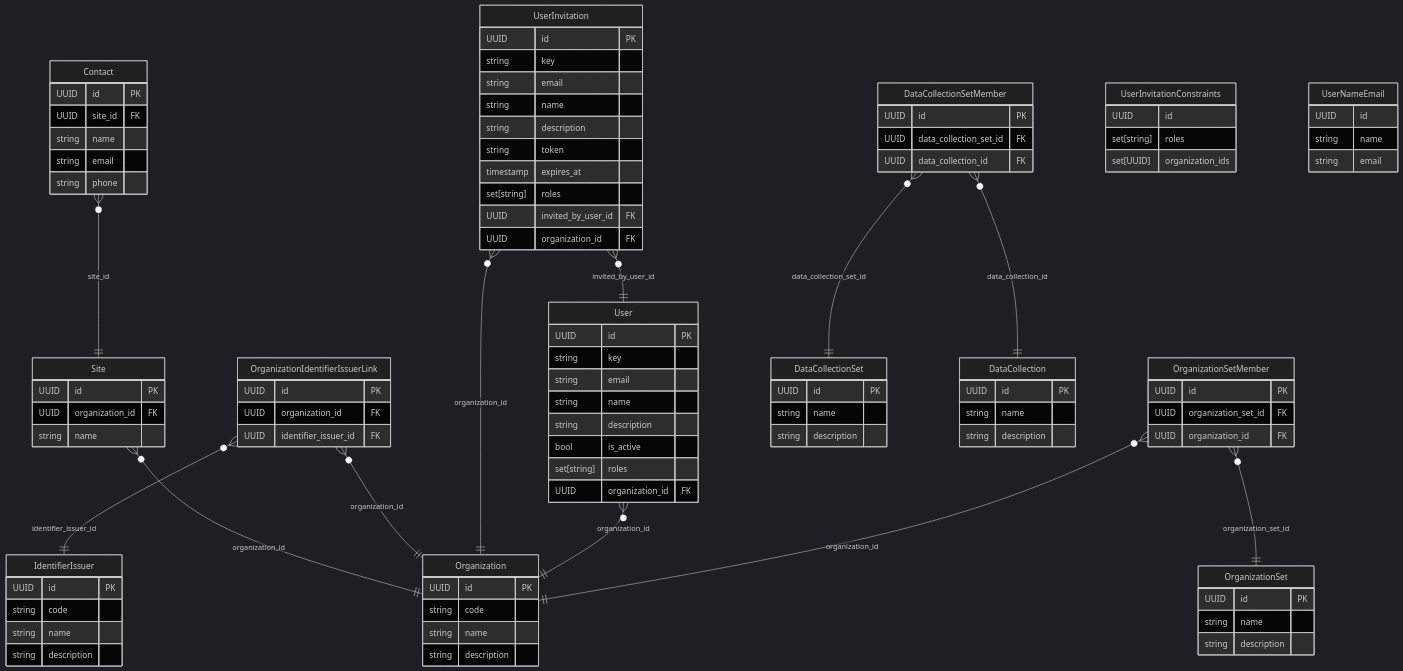
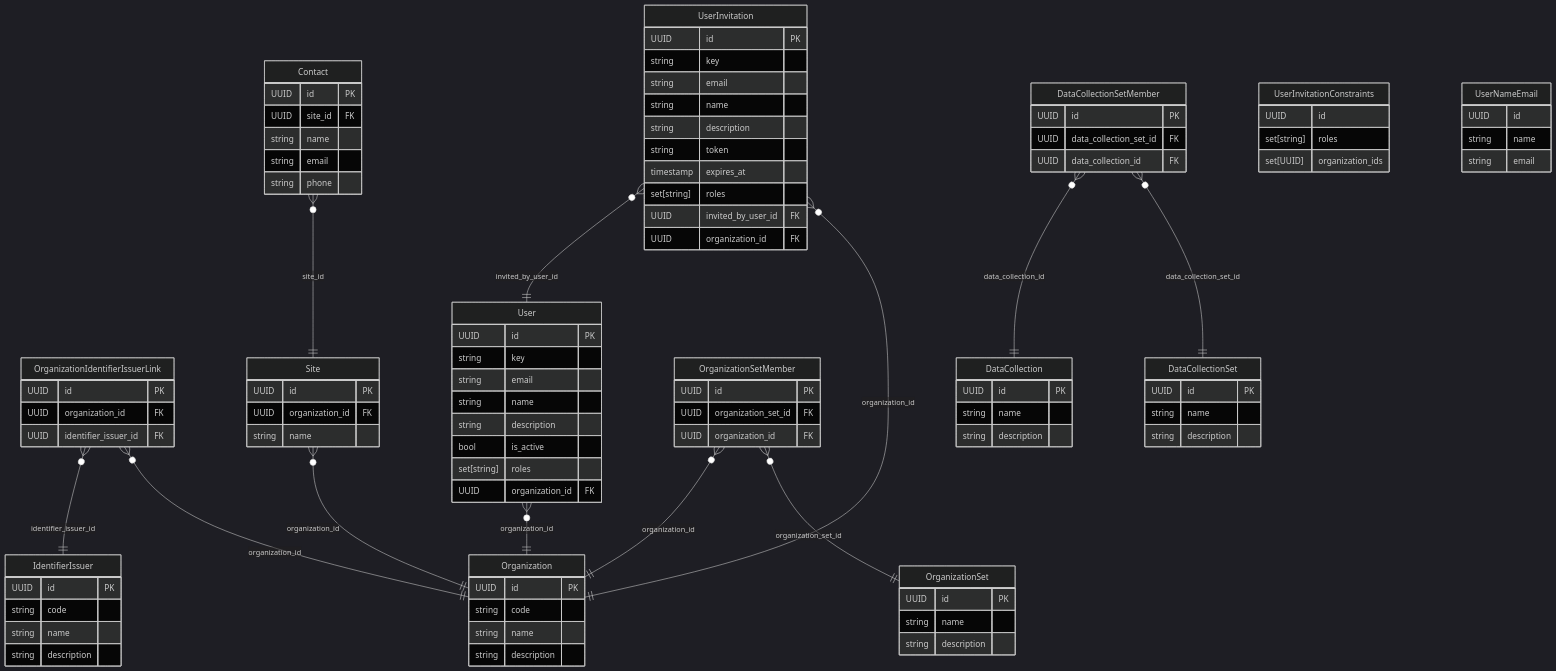
Before and after one commit to RIVM-bioinformatics/gen-epix-api: the diagram in docs/erm/casedb.organization.detailed.md, drawn with Mermaid (dark theme). The commit also changed other lines of this file and 270 other files, not shown here.

```diff
--- a/docs/erm/casedb.organization.detailed.md
+++ b/docs/erm/casedb.organization.detailed.md
@@ -7,56 +7,30 @@
     %% casedb / ORGANIZATION (detailed)
 
     %% Relationships
-    Site }o--|| Organization : "organization_id"
-    Contact }o--|| Site : "site_id"
     OrganizationIdentifierIssuerLink }o--|| Organization : "organization_id"
     OrganizationIdentifierIssuerLink }o--|| IdentifierIssuer : "identifier_issuer_id"
     UserInvitation }o--|| Organization : "organization_id"
     UserInvitation }o--|| User : "invited_by_user_id"
-    User }o--|| Organization : "organization_id"
+    Contact }o--|| Site : "site_id"
+    Site }o--|| Organization : "organization_id"
     OrganizationSetMember }o--|| OrganizationSet : "organization_set_id"
     OrganizationSetMember }o--|| Organization : "organization_id"
     DataCollectionSetMember }o--|| DataCollectionSet : "data_collection_set_id"
     DataCollectionSetMember }o--|| DataCollection : "data_collection_id"
+    User }o--|| Organization : "organization_id"
 
     %% Entity definitions
-    DataCollection {
+    IdentifierIssuer {
         UUID id PK
+        string code
         string name
         string description
-    }
-
-    Site {
-        UUID id PK
-        UUID organization_id FK
-        string name
-    }
-
-    Contact {
-        UUID id PK
-        UUID site_id FK
-        string name
-        string email
-        string phone
     }
 
     OrganizationIdentifierIssuerLink {
         UUID id PK
         UUID organization_id FK
         UUID identifier_issuer_id FK
-    }
-
-    UserInvitationConstraints {
-        UUID id
-        set[string] roles
-        set[UUID] organization_ids
-    }
-
-    IdentifierIssuer {
-        UUID id PK
-        string code
-        string name
-        string description
     }
 
     UserInvitation {
@@ -72,6 +46,50 @@
         UUID organization_id FK
     }
 
+    Contact {
+        UUID id PK
+        UUID site_id FK
+        string name
+        string email
+        string phone
+    }
+
+    DataCollectionSet {
+        UUID id PK
+        string name
+        string description
+    }
+
+    Site {
+        UUID id PK
+        UUID organization_id FK
+        string name
+    }
+
+    OrganizationSetMember {
+        UUID id PK
+        UUID organization_set_id FK
+        UUID organization_id FK
+    }
+
+    OrganizationSet {
+        UUID id PK
+        string name
+        string description
+    }
+
+    UserInvitationConstraints {
+        UUID id
+        set[string] roles
+        set[UUID] organization_ids
+    }
+
+    DataCollectionSetMember {
+        UUID id PK
+        UUID data_collection_set_id FK
+        UUID data_collection_id FK
+    }
+
     User {
         UUID id PK
         string key
@@ -83,16 +101,10 @@
         UUID organization_id FK
     }
 
-    DataCollectionSet {
+    DataCollection {
         UUID id PK
         string name
         string description
-    }
-
-    OrganizationSetMember {
-        UUID id PK
-        UUID organization_set_id FK
-        UUID organization_id FK
     }
 
     Organization {
@@ -102,18 +114,6 @@
         string description
     }
 
-    OrganizationSet {
-        UUID id PK
-        string name
-        string description
-    }
-
-    DataCollectionSetMember {
-        UUID id PK
-        UUID data_collection_set_id FK
-        UUID data_collection_id FK
-    }
-
     UserNameEmail {
         UUID id
         string name
```
